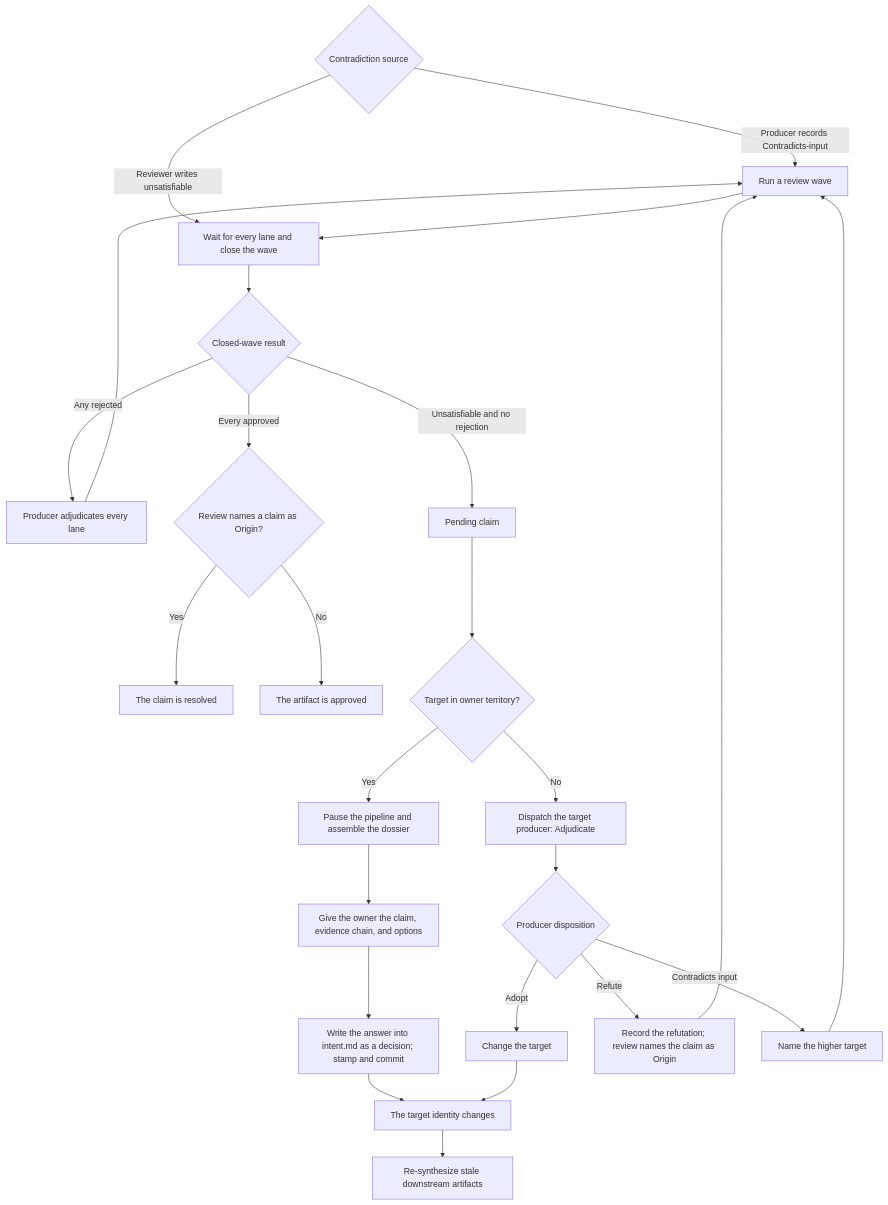
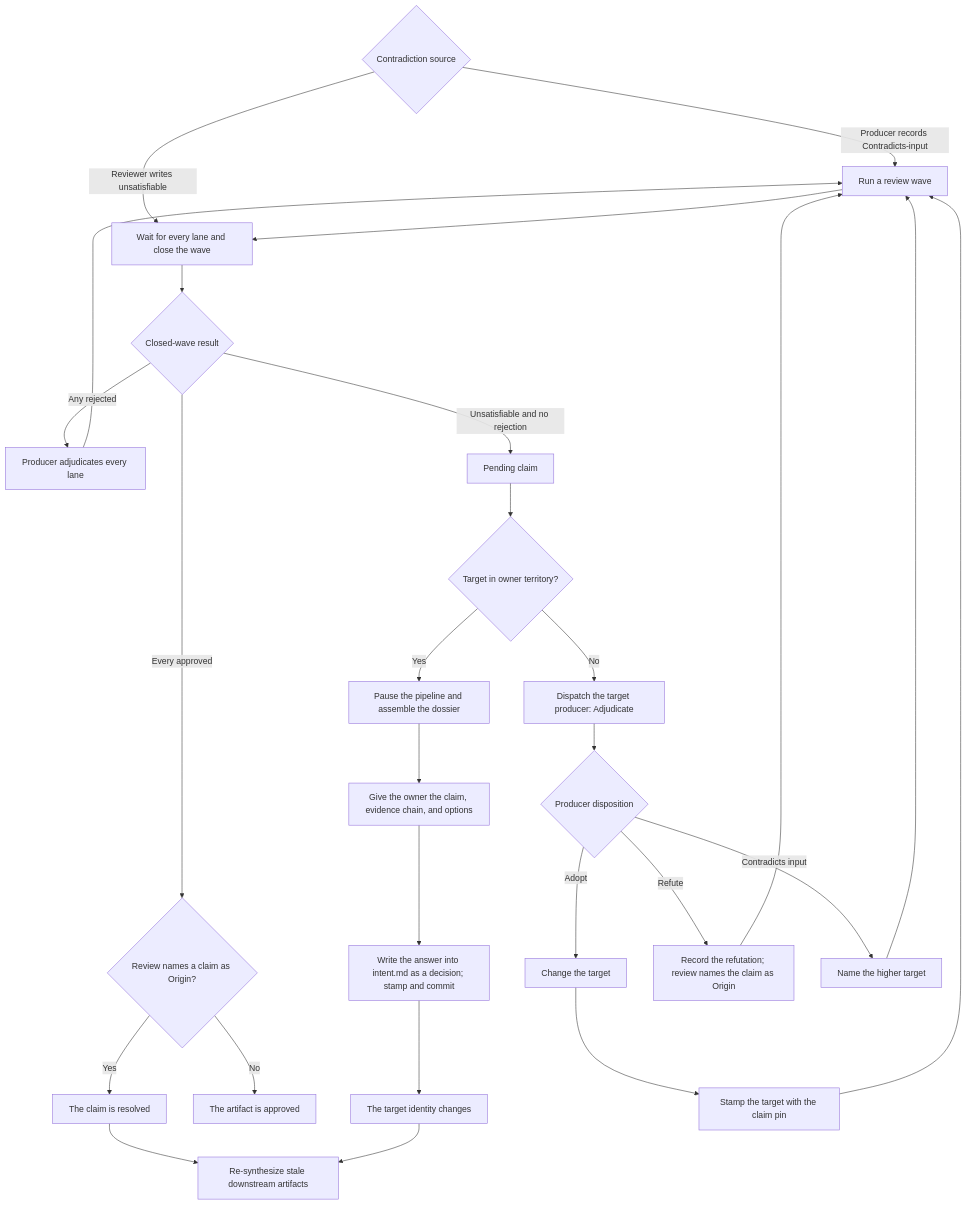
The diagram in docs/flowcharts/escalation.md (Automattic/radical-pipelines), drawn with Mermaid before and after one commit. The commit also changed 2 other files, not shown here.

Commit message:
Align reference flowcharts

````diff
--- a/docs/flowcharts/escalation.md
+++ b/docs/flowcharts/escalation.md
@@ -5,27 +5,29 @@
 ```mermaid
 flowchart TD
     START{"Contradiction source"} -->|Producer records Contradicts-input| A["Run a review wave"]
     START -->|Reviewer writes unsatisfiable| C
     A --> C["Wait for every lane and close the wave"]
     C --> D{"Closed-wave result"}
     D -->|Any rejected| E["Producer adjudicates every lane"]
     E --> A
     D -->|Every approved| F{"Review names a claim as Origin?"}
     F -->|Yes| RESOLVED["The claim is resolved"]
     F -->|No| APPROVED["The artifact is approved"]
     D -->|Unsatisfiable and no rejection| G["Pending claim"]
     G --> H{"Target in owner territory?"}
     H -->|Yes| I["Pause the pipeline and assemble the dossier"]
     I --> J["Give the owner the claim, evidence chain, and options"]
     J --> K["Write the answer into intent.md as a decision; stamp and commit"]
     K --> CHANGED["The target identity changes"]
     H -->|No| N["Dispatch the target producer: Adjudicate"]
     N --> O{"Producer disposition"}
     O -->|Adopt| P["Change the target"]
     O -->|Refute| Q["Record the refutation; review names the claim as Origin"]
     O -->|Contradicts input| R["Name the higher target"]
-    P --> CHANGED
+    P --> S["Stamp the target with the claim pin"]
+    S --> A
     Q --> A
     R --> A
+    RESOLVED --> CASCADE
     CHANGED --> CASCADE["Re-synthesize stale downstream artifacts"]
 ```
````
